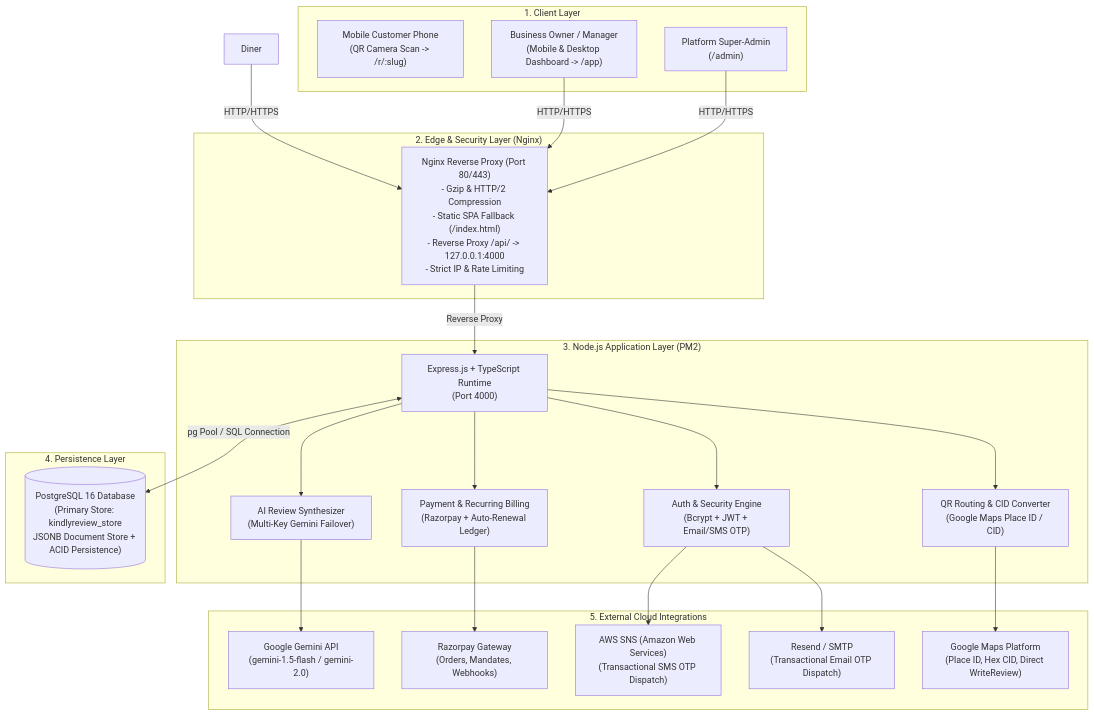
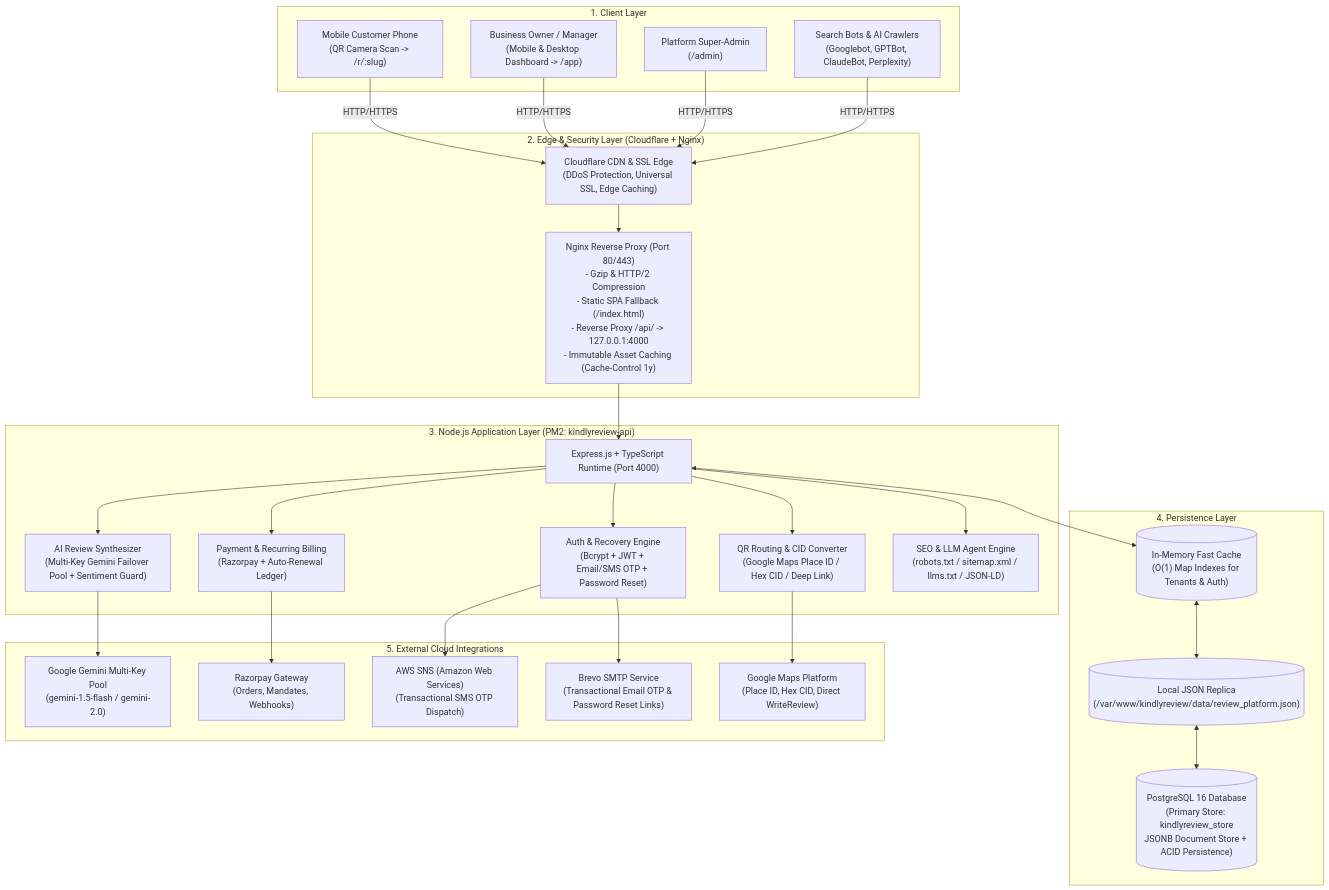
One commit to sandeshnaik777/reviewly changed the first of 4 diagrams in SYSTEM_DESIGN.md. Above: the diagram before and after it, drawn with Mermaid. The commit also changed other lines of this file and 6 other files, not shown here.

Commit message:
docs & perf: update system design to v3.0.0, optimize SEO & static asset caching, clean emojis and comments

````diff
--- a/SYSTEM_DESIGN.md
+++ b/SYSTEM_DESIGN.md
@@ -25,50 +28,61 @@
 ```mermaid
 flowchart TD
     subgraph Clients["1. Client Layer"]
         Customer["Mobile Customer Phone\n(QR Camera Scan -> /r/:slug)"]
         Merchant["Business Owner / Manager\n(Mobile & Desktop Dashboard -> /app)"]
         Admin["Platform Super-Admin\n(/admin)"]
+        AICrawlers["Search Bots & AI Crawlers\n(Googlebot, GPTBot, ClaudeBot, Perplexity)"]
     end
 
-    subgraph Edge["2. Edge & Security Layer (Nginx)"]
-        Nginx["Nginx Reverse Proxy (Port 80/443)\n- Gzip & HTTP/2 Compression\n- Static SPA Fallback (/index.html)\n- Reverse Proxy /api/ -> 127.0.0.1:4000\n- Strict IP & Rate Limiting"]
+    subgraph Edge["2. Edge & Security Layer (Cloudflare + Nginx)"]
+        Cloudflare["Cloudflare CDN & SSL Edge\n(DDoS Protection, Universal SSL, Edge Caching)"]
+        Nginx["Nginx Reverse Proxy (Port 80/443)\n- Gzip & HTTP/2 Compression\n- Static SPA Fallback (/index.html)\n- Reverse Proxy /api/ -> 127.0.0.1:4000\n- Immutable Asset Caching (Cache-Control 1y)"]
     end
 
-    subgraph AppServer["3. Node.js Application Layer (PM2)"]
-        Express["Express.js + TypeScript Runtime\n(Port 4000)"]
-        AuthMod["Auth & Security Engine\n(Bcrypt + JWT + Email/SMS OTP)"]
-        ReviewMod["AI Review Synthesizer\n(Multi-Key Gemini Failover)"]
+    subgraph AppServer["3. Node.js Application Layer (PM2: kindlyreview-api)"]
+        Express["Express.js + TypeScript Runtime (Port 4000)"]
+        AuthMod["Auth & Recovery Engine\n(Bcrypt + JWT + Email/SMS OTP + Password Reset)"]
+        ReviewMod["AI Review Synthesizer\n(Multi-Key Gemini Failover Pool + Sentiment Guard)"]
         PayMod["Payment & Recurring Billing\n(Razorpay + Auto-Renewal Ledger)"]
-        QRMod["QR Routing & CID Converter\n(Google Maps Place ID / CID)"]
+        QRMod["QR Routing & CID Converter\n(Google Maps Place ID / Hex CID / Deep Link)"]
+        DiscoveryMod["SEO & LLM Agent Engine\n(robots.txt / sitemap.xml / llms.txt / JSON-LD)"]
     end
 
     subgraph Storage["4. Persistence Layer"]
+        MemoryCache[("In-Memory Fast Cache\n(O(1) Map Indexes for Tenants & Auth)")]
+        DiskJSON[("Local JSON Replica\n(/var/www/kindlyreview/data/review_platform.json)")]
         Postgres[("PostgreSQL 16 Database\n(Primary Store: kindlyreview_store\nJSONB Document Store + ACID Persistence)")]
     end
 
     subgraph External["5. External Cloud Integrations"]
-        Gemini["Google Gemini API\n(gemini-1.5-flash / gemini-2.0)"]
+        Gemini["Google Gemini Multi-Key Pool\n(gemini-1.5-flash / gemini-2.0)"]
         Razorpay["Razorpay Gateway\n(Orders, Mandates, Webhooks)"]
         AwsSNS["AWS SNS (Amazon Web Services)\n(Transactional SMS OTP Dispatch)"]
-        Resend["Resend / SMTP\n(Transactional Email OTP Dispatch)"]
+        Brevo["Brevo SMTP Service\n(Transactional Email OTP & Password Reset Links)"]
         GoogleMaps["Google Maps Platform\n(Place ID, Hex CID, Direct WriteReview)"]
     end
 
-    Diner -->|HTTP/HTTPS| Nginx
-    Merchant -->|HTTP/HTTPS| Nginx
-    Admin -->|HTTP/HTTPS| Nginx
+    Customer -->|HTTP/HTTPS| Cloudflare
+    Merchant -->|HTTP/HTTPS| Cloudflare
+    Admin -->|HTTP/HTTPS| Cloudflare
+    AICrawlers -->|HTTP/HTTPS| Cloudflare
 
-    Nginx -->|Reverse Proxy| Express
+    Cloudflare --> Nginx
+    Nginx --> Express
+
     Express --> AuthMod
     Express --> ReviewMod
     Express --> PayMod
     Express --> QRMod
+    Express --> DiscoveryMod
 
     AuthMod --> AwsSNS
-    AuthMod --> Resend
+    AuthMod --> Brevo
     ReviewMod --> Gemini
     PayMod --> Razorpay
     QRMod --> GoogleMaps
 
-    Express <-->|pg Pool / SQL Connection| Postgres
+    Express <--> MemoryCache
+    MemoryCache <--> DiskJSON
+    DiskJSON <--> Postgres
 ```
````
